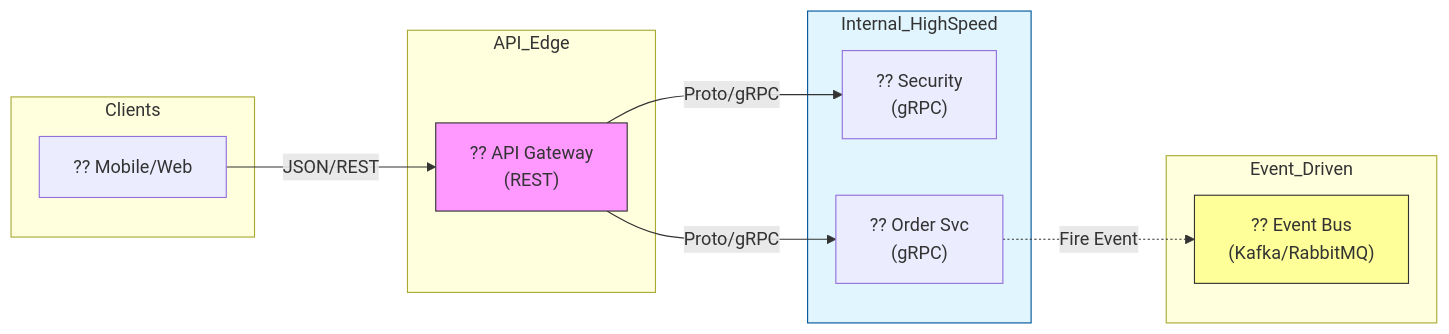
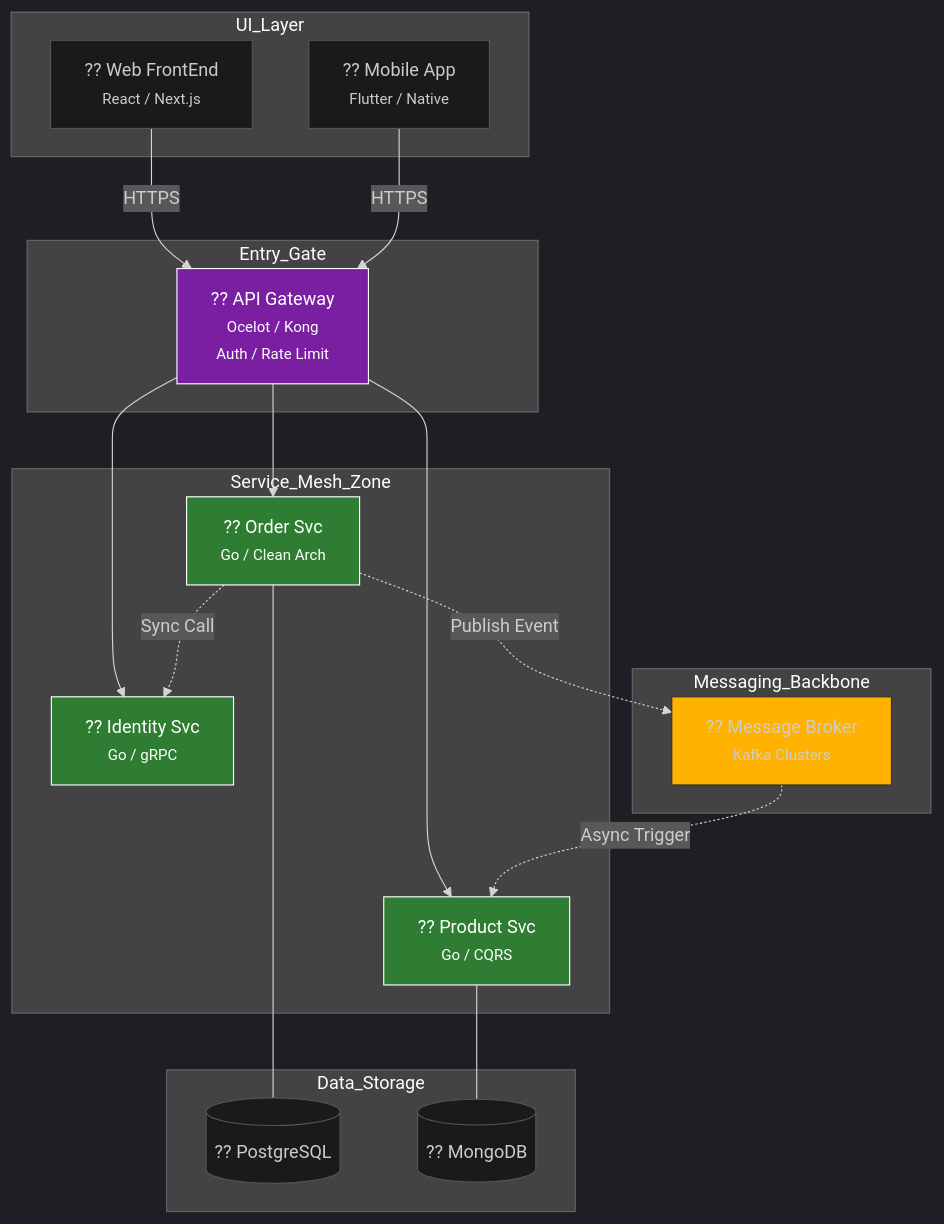
The diagram in README.md (arch-yunus/microservices-101), drawn with Mermaid before and after one commit. The commit also changed other lines of this file, not shown here.

Commit message:
docs: ultra-extended README expansion with deep architectural nuances and pro-tips

````diff
--- a/README.md
+++ b/README.md
@@ -71,28 +76,41 @@
 ```mermaid
-graph LR
-    subgraph Clients
-        App["?? Mobile/Web"]
+%%{init: {'theme': 'dark', 'themeVariables': { 'mainBkg': '#1a1a1a', 'nodeBorder': '#555' }}}%%
+graph TD
+    subgraph UI_Layer
+        Web["?? Web FrontEnd <br/><small>React / Next.js</small>"]
+        Mobile["?? Mobile App <br/><small>Flutter / Native</small>"]
     end
 
-    subgraph API_Edge
-        Gateway["?? API Gateway <br/>(REST)"]
+    subgraph Entry_Gate
+        Edge["?? API Gateway <br/><small>Ocelot / Kong <br/> Auth / Rate Limit</small>"]
     end
 
-    subgraph Internal_HighSpeed
-        Auth["?? Security <br/>(gRPC)"]
-        Order["?? Order Svc <br/>(gRPC)"]
+    subgraph Service_Mesh_Zone
+        Auth["?? Identity Svc <br/><small>Go / gRPC</small>"]
+        Order["?? Order Svc <br/><small>Go / Clean Arch</small>"]
+        Catalog["?? Product Svc <br/><small>Go / CQRS</small>"]
     end
 
-    subgraph Event_Driven
-        Broker["?? Event Bus <br/>(Kafka/RabbitMQ)"]
+    subgraph Messaging_Backbone
+        Kafka["?? Message Broker <br/><small>Kafka Clusters</small>"]
     end
 
-    App -->|JSON/REST| Gateway
-    Gateway -->|Proto/gRPC| Auth
-    Gateway -->|Proto/gRPC| Order
-    Order -.->|Fire Event| Broker
-    
-    style Gateway fill:#f9f,stroke:#333
-    style Broker fill:#ff9,stroke:#333
-    style Internal_HighSpeed fill:#e1f5fe,stroke:#01579b
+    subgraph Data_Storage
+        DB1[("?? PostgreSQL")]
+        DB2[("?? MongoDB")]
+    end
+
+    Web & Mobile -->|HTTPS| Edge
+    Edge --> Auth & Order & Catalog
+    Order -.->|Sync Call| Auth
+    Order -.->|Publish Event| Kafka
+    Kafka -.->|Async Trigger| Catalog
+    Order --- DB1
+    Catalog --- DB2
+
+    style Edge fill:#7b1fa2,stroke:#fff,color:#fff
+    style Kafka fill:#ffb300,stroke:#333
+    style Auth fill:#2e7d32,stroke:#fff,color:#fff
+    style Order fill:#2e7d32,stroke:#fff,color:#fff
+    style Catalog fill:#2e7d32,stroke:#fff,color:#fff
 ```
````
